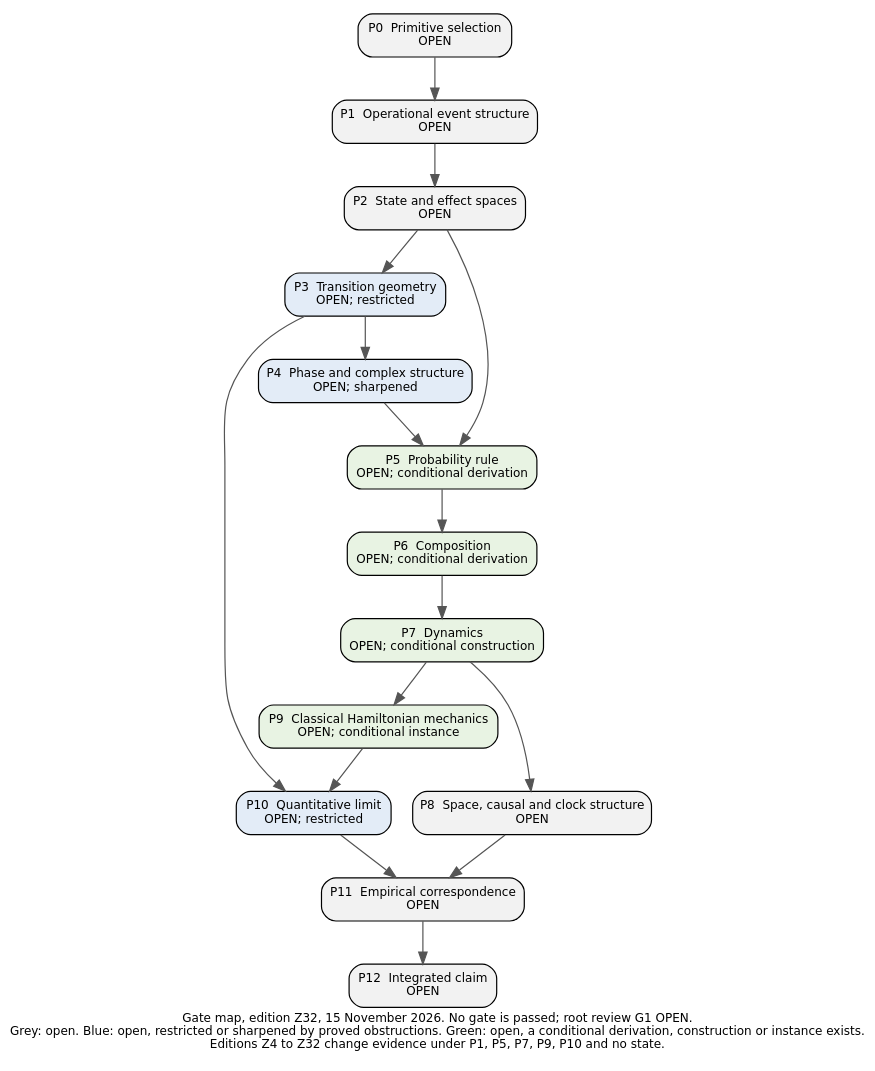
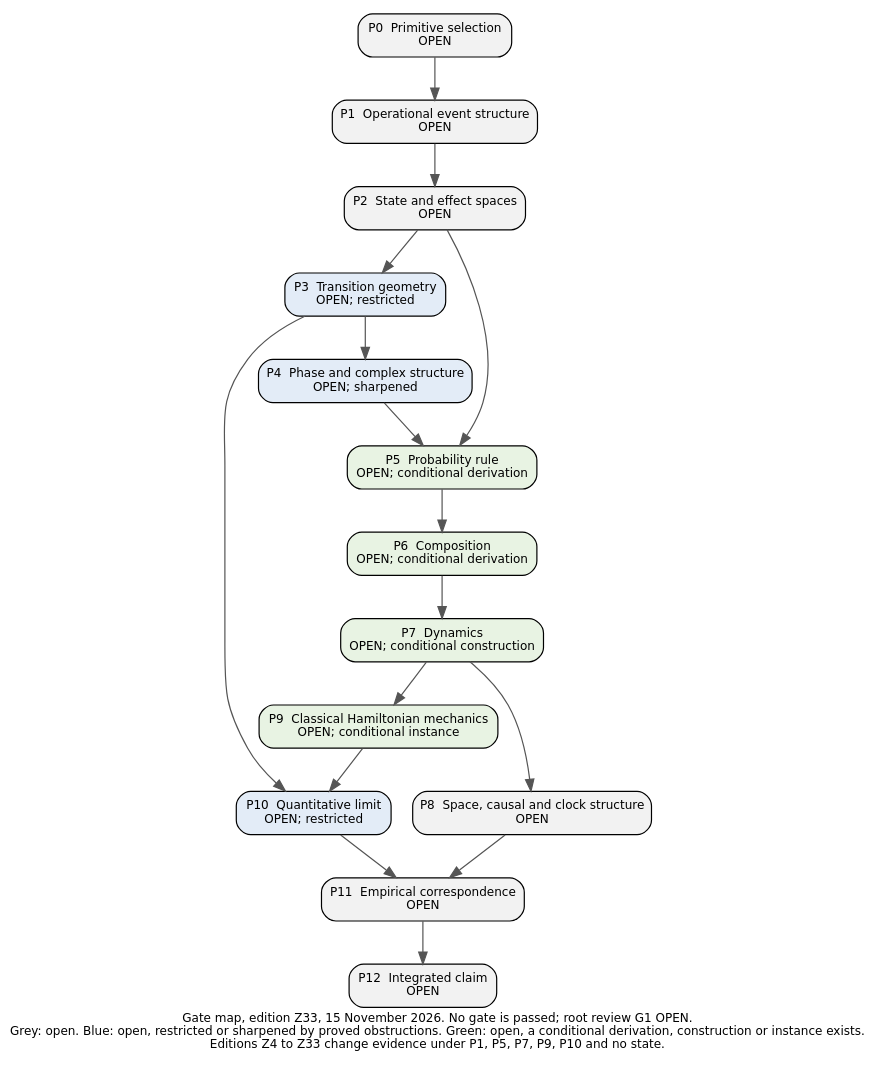
The diagram in edition/PROGRAM/figures/Gate_Map_2026-11-13.dot (KirtusJ/From-Prephysical-Hypotheses-to-Physical-Models), drawn with Graphviz before and after one commit. The commit also changed 31 other files, not shown here.

First line of the commit message:
Edition Z33 issued on the branch: G10 revised (the schema; four to six classes on products; corrections from the cross-reviews by Director G and Sessions A and B); 2039 files, 456 registry rows; both verifiers pass

```diff
--- a/edition/PROGRAM/figures/Gate_Map_2026-11-13.dot
+++ b/edition/PROGRAM/figures/Gate_Map_2026-11-13.dot
@@ -1,30 +1,30 @@
-digraph G { rankdir=TB; node [shape=box, style="filled,rounded", fontname="DejaVu Sans", fontsize=10, margin="0.12,0.07"]; edge [color="#555555"]; label="Gate map, edition Z32, 15 November 2026. No gate is passed; root review G1 OPEN.\nGrey: open. Blue: open, restricted or sharpened by proved obstructions. Green: open, a conditional derivation, construction or instance exists.\nEditions Z4 to Z32 change evidence under P1, P5, P7, P9, P10 and no state."; fontname="DejaVu Sans"; fontsize=10; labelloc=b;
+digraph G { rankdir=TB; node [shape=box, style="filled,rounded", fontname="DejaVu Sans", fontsize=10, margin="0.12,0.07"]; edge [color="#555555"]; label="Gate map, edition Z33, 15 November 2026. No gate is passed; root review G1 OPEN.\nGrey: open. Blue: open, restricted or sharpened by proved obstructions. Green: open, a conditional derivation, construction or instance exists.\nEditions Z4 to Z33 change evidence under P1, P5, P7, P9, P10 and no state."; fontname="DejaVu Sans"; fontsize=10; labelloc=b;
 P0 [label="P0  Primitive selection\nOPEN", fillcolor="#f2f2f2"];
 P1 [label="P1  Operational event structure\nOPEN", fillcolor="#f2f2f2"];
 P2 [label="P2  State and effect spaces\nOPEN", fillcolor="#f2f2f2"];
 P3 [label="P3  Transition geometry\nOPEN; restricted", fillcolor="#e3ecf7"];
 P4 [label="P4  Phase and complex structure\nOPEN; sharpened", fillcolor="#e3ecf7"];
 P5 [label="P5  Probability rule\nOPEN; conditional derivation", fillcolor="#e8f3e3"];
 P6 [label="P6  Composition\nOPEN; conditional derivation", fillcolor="#e8f3e3"];
 P7 [label="P7  Dynamics\nOPEN; conditional construction", fillcolor="#e8f3e3"];
 P8 [label="P8  Space, causal and clock structure\nOPEN", fillcolor="#f2f2f2"];
 P9 [label="P9  Classical Hamiltonian mechanics\nOPEN; conditional instance", fillcolor="#e8f3e3"];
 P10 [label="P10  Quantitative limit\nOPEN; restricted", fillcolor="#e3ecf7"];
 P11 [label="P11  Empirical correspondence\nOPEN", fillcolor="#f2f2f2"];
 P12 [label="P12  Integrated claim\nOPEN", fillcolor="#f2f2f2"];
 P0 -> P1;
 P1 -> P2;
 P2 -> P3;
 P3 -> P4;
 P2 -> P5;
 P4 -> P5;
 P5 -> P6;
 P6 -> P7;
 P7 -> P8;
 P7 -> P9;
 P3 -> P10;
 P9 -> P10;
 P8 -> P11;
 P10 -> P11;
 P11 -> P12;
 }
```
